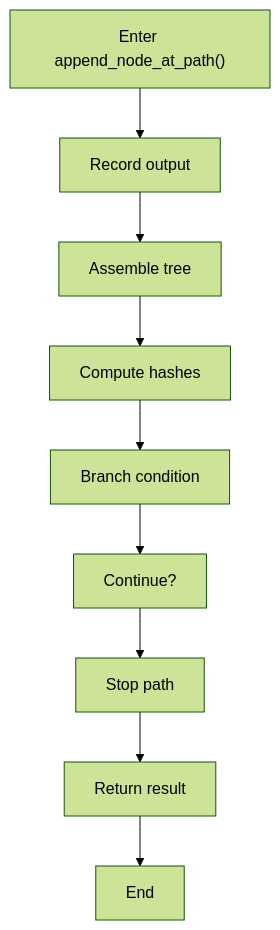
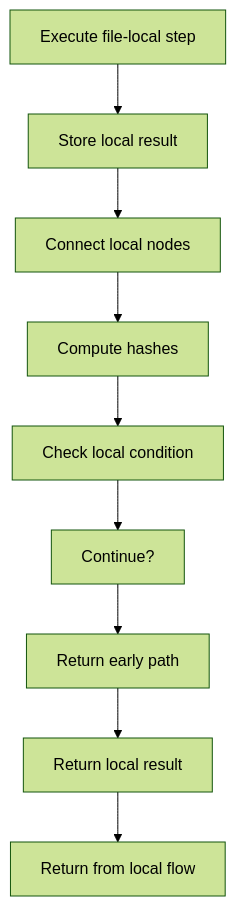
One commit to JohnAndrewBalbarosa/NeoTerritory changed the second of 4 diagrams in docs/Codebase/Microservice/Modules/Source/Trees/ClassGeneration/Actual/Internal/node_path.cpp.md. Above: the diagram before and after it, drawn with Mermaid (forest theme). The commit also changed other lines of this file and 925 other files, not shown here.

````diff
--- a/docs/Codebase/Microservice/Modules/Source/Trees/ClassGeneration/Actual/Internal/node_path.cpp.md
+++ b/docs/Codebase/Microservice/Modules/Source/Trees/ClassGeneration/Actual/Internal/node_path.cpp.md
@@ -56,20 +55,20 @@
 ```mermaid
 flowchart TD
-    N0["Enter append_node_at_path()"]
-    N1["Record output"]
-    N2["Assemble tree"]
+    N0["Execute file-local step"]
+    N1["Store local result"]
+    N2["Connect local nodes"]
     N3["Compute hashes"]
-    N4["Branch condition"]
+    N4["Check local condition"]
     N5["Continue?"]
-    N6["Stop path"]
-    N7["Return result"]
-    N8["End"]
+    N6["Return early path"]
+    N7["Return local result"]
+    N8["Return from local flow"]
     N0 --> N1
     N1 --> N2
     N2 --> N3
     N3 --> N4
     N4 --> N5
     N5 --> N6
     N6 --> N7
     N7 --> N8
 ```
````
